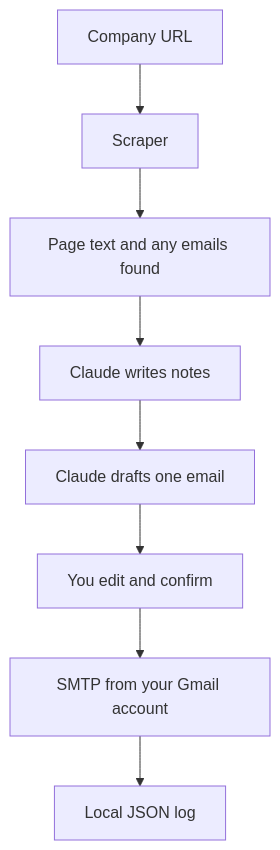
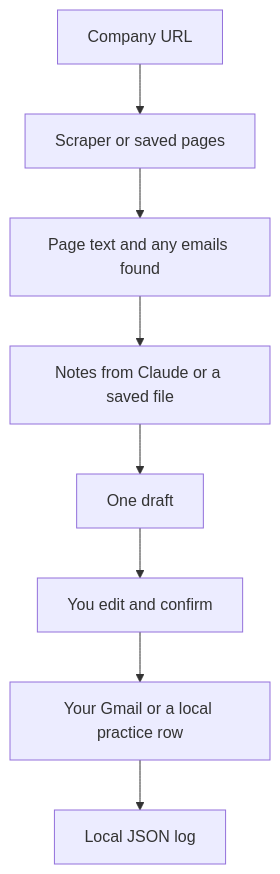
One commit to corbinsz/ai-outreach-automation changed the diagram in README.md. Above: the diagram before and after it, drawn with Mermaid. The commit also changed other lines of this file and 58 other files, not shown here.

````diff
--- a/README.md
+++ b/README.md
@@ -17,10 +46,10 @@
 ```mermaid
 flowchart TD
-    A[Company URL] --> B[Scraper]
+    A[Company URL] --> B[Scraper or saved pages]
     B --> C[Page text and any emails found]
-    C --> D[Claude writes notes]
-    D --> E[Claude drafts one email]
+    C --> D[Notes from Claude or a saved file]
+    D --> E[One draft]
     E --> F[You edit and confirm]
-    F --> G[SMTP from your Gmail account]
+    F --> G[Your Gmail or a local practice row]
     G --> H[Local JSON log]
 ```
````
